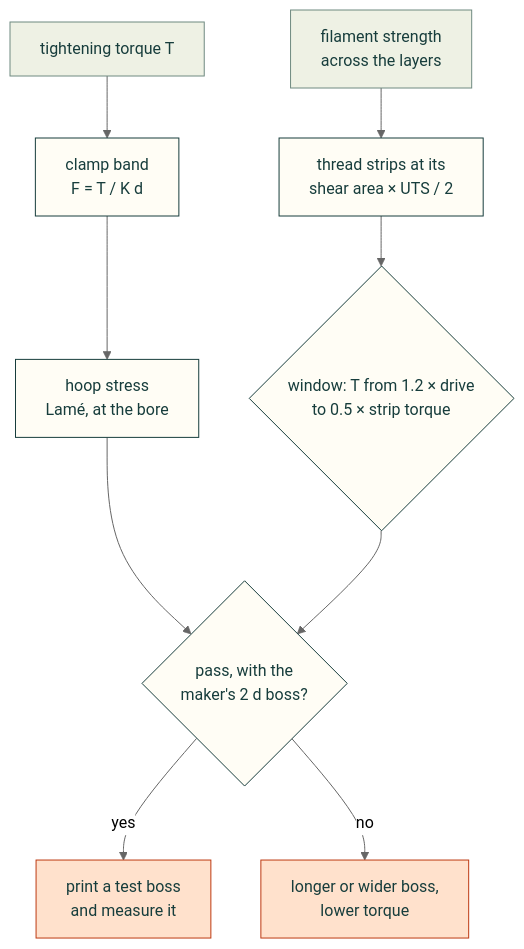
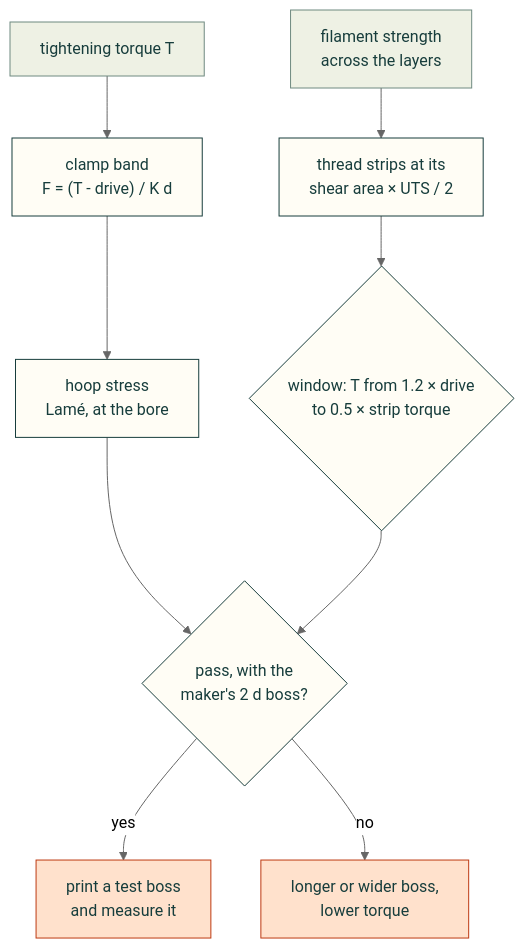
One commit to Valpatel/cad-agent changed the diagram in docs/screw-bosses.md. Above: the diagram before and after it, drawn with Mermaid (neutral theme). The commit also changed other lines of this file and 20 other files, not shown here.

First line of the commit message:
Screw boss: the drive torque makes no clamp; torsion snap: flag the trapeze effect (#161)

````diff
--- a/docs/screw-bosses.md
+++ b/docs/screw-bosses.md
@@ -47,17 +48,17 @@
 ```mermaid
 flowchart TD
-    T["tightening torque T"] --> F["clamp band<br/>F = T / K d"]
+    T["tightening torque T"] --> F["clamp band<br/>F = (T - drive) / K d"]
     S["filament strength<br/>across the layers"] --> X["thread strips at its<br/>shear area × UTS / 2"]
     F --> H["hoop stress<br/>Lamé, at the bore"]
     X --> W{"window: T from 1.2 × drive<br/>to 0.5 × strip torque"}
     H --> G{"pass, with the<br/>maker's 2 d boss?"}
     W --> G
     G -->|"yes"| P["print a test boss<br/>and measure it"]
     G -->|"no"| B["longer or wider boss,<br/>lower torque"]
     classDef here fill:#fffdf5,stroke:#173d3c,color:#173d3c
     classDef near fill:#eef1e4,stroke:#6f8a80,color:#173d3c
     classDef out fill:#ffe1cc,stroke:#bd3a12,color:#173d3c
     class F,X,H,W,G here
     class T,S near
     class P,B out
 ```
````
